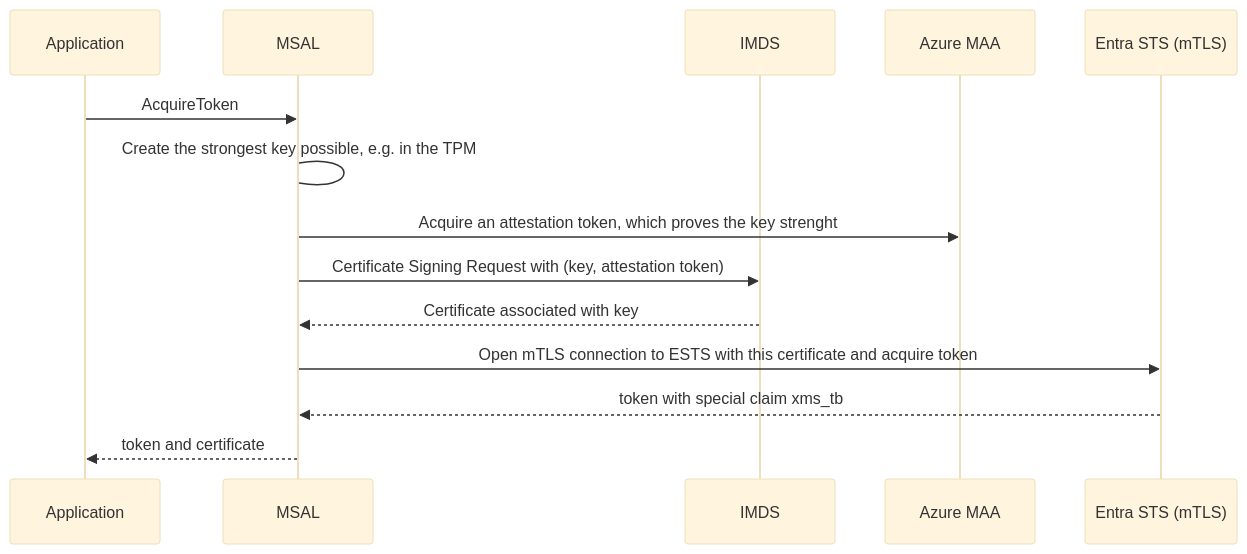
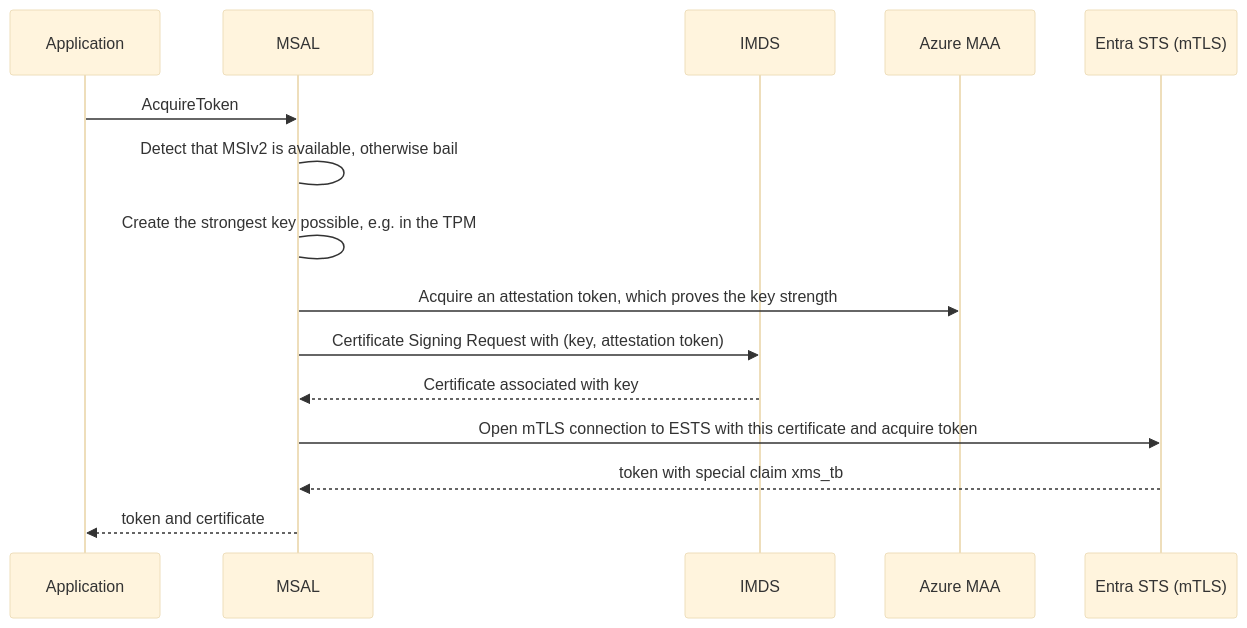
Before and after one commit to AzureAD/microsoft-authentication-library-for-dotnet: the first of 2 diagrams in docs/msi_v2/msi_with_credential_design.md, drawn with Mermaid (base theme).

````diff
--- a/docs/msi_v2/msi_with_credential_design.md
+++ b/docs/msi_v2/msi_with_credential_design.md
@@ -21,17 +21,18 @@
 ```mermaid
 sequenceDiagram
     participant App as Application
     participant MSAL
     participant IMDS
     participant MAA as Azure MAA
     participant ESTS as Entra STS (mTLS)
 
     App  ->> MSAL: AcquireToken
+    MSAL -> MSAL: Detect that MSIv2 is available, otherwise bail
     MSAL -> MSAL: Create the strongest key possible, e.g. in the TPM
-    MSAL ->> MAA: Acquire an attestation token, which proves the key strenght
+    MSAL ->> MAA: Acquire an attestation token, which proves the key strength
     MSAL ->> IMDS: Certificate Signing Request with (key, attestation token)
     IMDS -->> MSAL: Certificate associated with key
     MSAL ->> ESTS: Open mTLS connection to ESTS with this certificate and acquire token
     ESTS -->> MSAL: token with special claim xms_tb
     MSAL -->> App: token and certificate    
 ```
````
